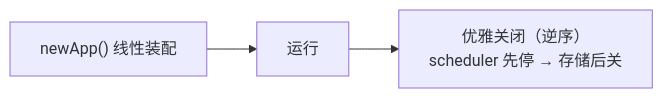
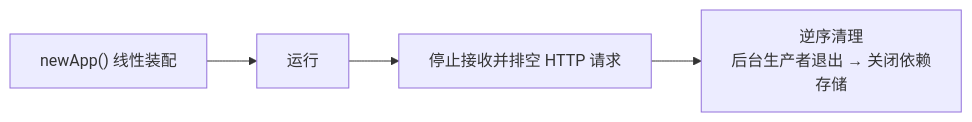
Before and after one commit to insistanan/api-proxy: the fourth of 5 diagrams in docs/架构说明.md, drawn with Mermaid. The commit also changed other lines of this file and 46 other files, not shown here.

````diff
--- a/docs/架构说明.md
+++ b/docs/架构说明.md
@@ -113,5 +120,6 @@
 ```mermaid
 flowchart LR
     INIT["newApp() 线性装配"] --> RUN["运行"]
-    RUN --> SHUT["优雅关闭（逆序）<br/>scheduler 先停 → 存储后关"]
+    RUN --> DRAIN["停止接收并排空 HTTP 请求"]
+    DRAIN --> SHUT["逆序清理<br/>后台生产者退出 → 关闭依赖存储"]
 ```
````
